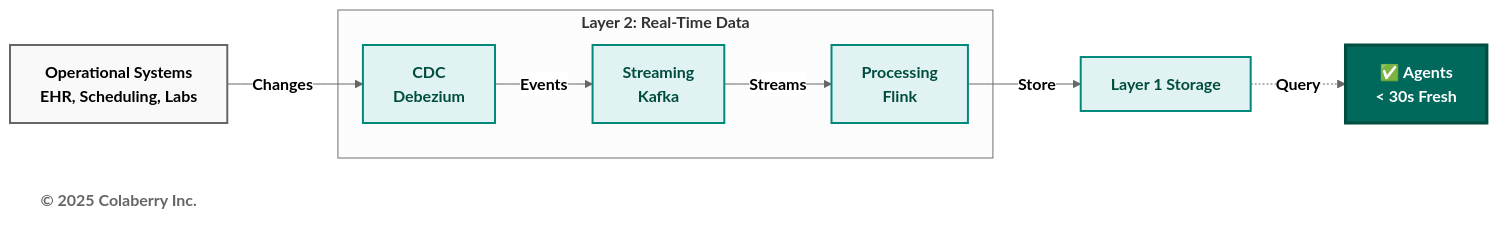
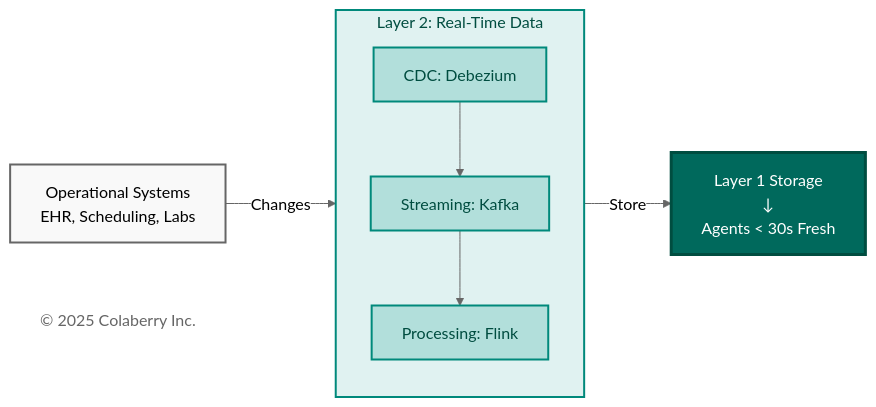
Before and after one commit to colaberry/trust-before-intelligence-book: the seventh of 11 diagrams in manuscript/05_chapter_4_foundation_layers_v4_1.md, drawn with Mermaid (neutral theme).

Commit message:
Organizing diagram 6 for better readability
Organizing diagram 6 for better readability

````diff
--- a/manuscript/05_chapter_4_foundation_layers_v4_1.md
+++ b/manuscript/05_chapter_4_foundation_layers_v4_1.md
@@ -784,29 +784,29 @@
 ```mermaid
+
 graph LR
-    SOURCE["<b>Operational Systems</b><br/><b>EHR, Scheduling, Labs</b>"]
+    SOURCE["Operational Systems<br/>EHR, Scheduling, Labs"]
     
-    subgraph "<b>Layer 2: Real-Time Data</b>"
-        CDC["<b>CDC</b><br/><b>Debezium</b>"]
-        KAFKA["<b>Streaming</b><br/><b>Kafka</b>"]
-        PROCESS["<b>Processing</b><br/><b>Flink</b>"]
+    subgraph LAYER2["Layer 2: Real-Time Data"]
+        direction TB
+        CDC["CDC: Debezium"]
+        KAFKA["Streaming: Kafka"]
+        PROCESS["Processing: Flink"]
+        CDC --> KAFKA --> PROCESS
     end
     
-    STORAGE["<b>Layer 1 Storage</b>"]
-    AGENTS["<b>✅ Agents</b><br/><b>< 30s Fresh</b>"]
+    OUTCOME["Layer 1 Storage<br/>↓<br/>Agents < 30s Fresh"]
     
-    Copyright["<b>© 2025 Colaberry Inc.</b>"]
+    Copyright["© 2025 Colaberry Inc."]
     
-    SOURCE -->|<b>Changes</b>| CDC
-    CDC -->|<b>Events</b>| KAFKA
-    KAFKA -->|<b>Streams</b>| PROCESS
-    PROCESS -->|<b>Store</b>| STORAGE
-    STORAGE -.->|<b>Query</b>| AGENTS
+    SOURCE -->|"Changes"| LAYER2
+    LAYER2 -->|"Store"| OUTCOME
     
     style SOURCE fill:#f9f9f9,stroke:#666666,stroke-width:2px,color:#000000
-    style CDC fill:#e0f2f1,stroke:#00897b,stroke-width:2px,color:#004d40
-    style KAFKA fill:#e0f2f1,stroke:#00897b,stroke-width:2px,color:#004d40
-    style PROCESS fill:#e0f2f1,stroke:#00897b,stroke-width:2px,color:#004d40
-    style STORAGE fill:#e0f2f1,stroke:#00897b,stroke-width:2px,color:#004d40
-    style AGENTS fill:#00695c,color:#ffffff,stroke:#004d40,stroke-width:3px
+    style LAYER2 fill:#e0f2f1,stroke:#00897b,stroke-width:2px,color:#004d40
+    style CDC fill:#b2dfdb,stroke:#00897b,stroke-width:2px,color:#004d40
+    style KAFKA fill:#b2dfdb,stroke:#00897b,stroke-width:2px,color:#004d40
+    style PROCESS fill:#b2dfdb,stroke:#00897b,stroke-width:2px,color:#004d40
+    style OUTCOME fill:#00695c,color:#ffffff,stroke:#004d40,stroke-width:3px
     style Copyright fill:#ffffff,stroke:none,color:#666666
+
 ```
````
